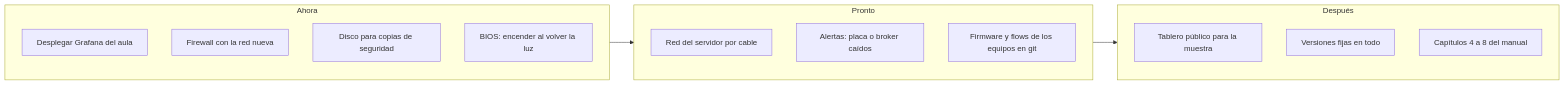
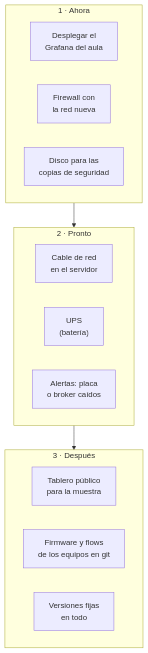
Before and after one commit to resourceldg/homelab: the seventh of 7 diagrams in docs/handbook/15-ciclo-de-vida-y-madurez.md, drawn with Mermaid. The commit also changed other lines of this file and 18 other files, not shown here.

````diff
--- a/docs/handbook/15-ciclo-de-vida-y-madurez.md
+++ b/docs/handbook/15-ciclo-de-vida-y-madurez.md
@@ -280,20 +280,22 @@
 ```mermaid
-flowchart LR
-  subgraph AHORA["Ahora"]
-    a1["Desplegar Grafana del aula"]
-    a2["Firewall con la red nueva"]
-    a3["Disco para copias de seguridad"]
-    a4["BIOS: encender al volver la luz"]
+flowchart TB
+  subgraph AHORA["1 · Ahora"]
+    direction LR
+    a1["Desplegar el<br/>Grafana del aula"]
+    a2["Firewall con<br/>la red nueva"]
+    a3["Disco para las<br/>copias de seguridad"]
   end
-  subgraph PRONTO["Pronto"]
-    p1["Red del servidor por cable"]
-    p2["Alertas: placa o broker caídos"]
-    p3["Firmware y flows de los equipos en git"]
+  subgraph PRONTO["2 · Pronto"]
+    direction LR
+    p1["Cable de red<br/>en el servidor"]
+    p2["UPS<br/>(batería)"]
+    p3["Alertas: placa<br/>o broker caídos"]
   end
-  subgraph DESPUES["Después"]
-    d1["Tablero público para la muestra"]
-    d2["Versiones fijas en todo"]
-    d3["Capítulos 4 a 8 del manual"]
+  subgraph DESPUES["3 · Después"]
+    direction LR
+    d1["Tablero público<br/>para la muestra"]
+    d2["Firmware y flows<br/>de los equipos en git"]
+    d3["Versiones fijas<br/>en todo"]
   end
   AHORA --> PRONTO --> DESPUES
 ```
````
